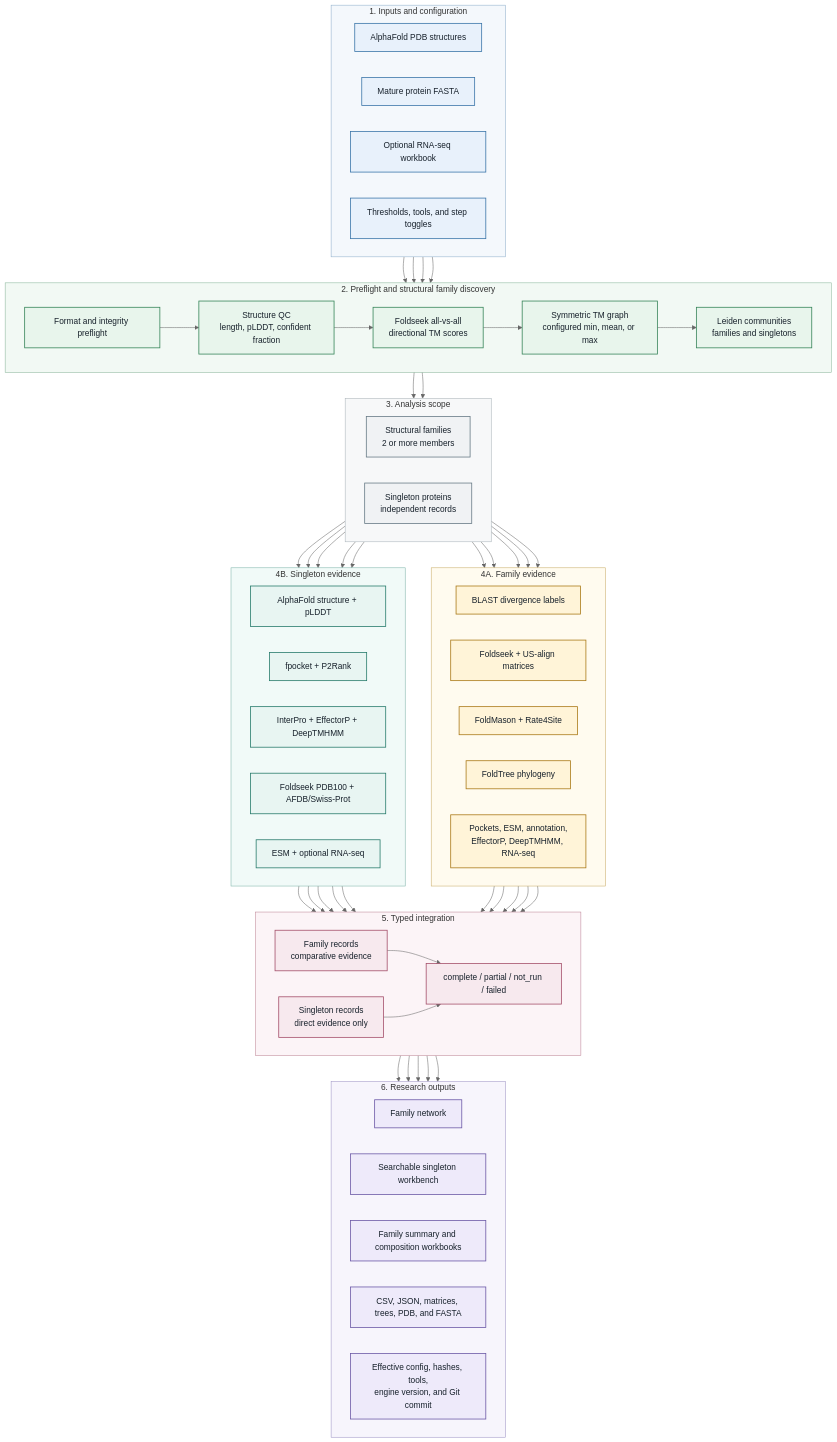
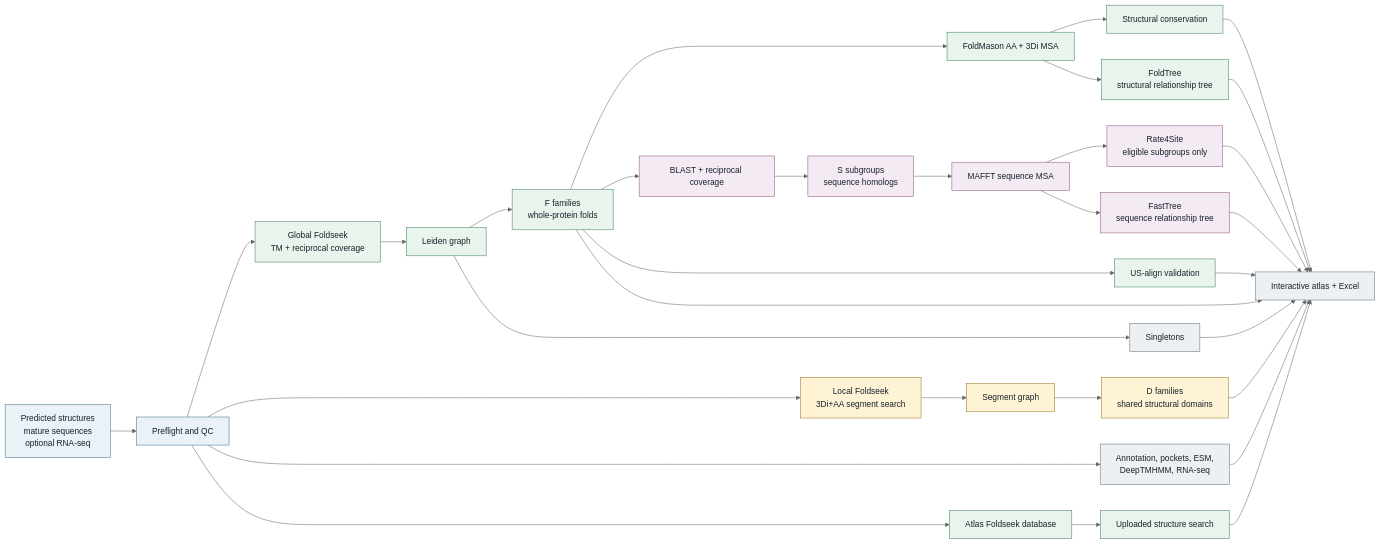
The diagram in README.md (lhchen010/SUSS_protein_Atlas), drawn with Mermaid (neutral theme) before and after one commit. The commit also changed other lines of this file and 28 other files, not shown here.

Commit message:
feat: release SUSS Protein Atlas v3

````diff
--- a/README.md
+++ b/README.md
@@ -35,116 +40,49 @@
 ```mermaid
-flowchart TB
-    subgraph INPUTS["1. Inputs and configuration"]
-        direction LR
-        PDB["AlphaFold PDB structures"]
-        FASTA["Mature protein FASTA"]
-        RNA["Optional RNA-seq workbook"]
-        CFG["Thresholds, tools, and step toggles"]
-    end
+flowchart LR
+    INPUT["Predicted structures<br/>mature sequences<br/>optional RNA-seq"] --> QC["Preflight and QC"]
 
-    subgraph CORE["2. Preflight and structural family discovery"]
-        direction LR
-        VALIDATE["Format and integrity preflight"]
-        QC["Structure QC<br/>length, pLDDT, confident fraction"]
-        FOLDSEEK["Foldseek all-vs-all<br/>directional TM scores"]
-        GRAPH["Symmetric TM graph<br/>configured min, mean, or max"]
-        LEIDEN["Leiden communities<br/>families and singletons"]
-    end
+    QC --> GLOBAL["Global Foldseek<br/>TM + reciprocal coverage"]
+    GLOBAL --> FGRAPH["Leiden graph"]
+    FGRAPH --> F["F families<br/>whole-protein folds"]
+    FGRAPH --> SINGLE["Singletons"]
 
-    subgraph SPLIT["3. Analysis scope"]
-        direction LR
-        FAMILIES["Structural families<br/>2 or more members"]
-        SINGLETONS["Singleton proteins<br/>independent records"]
-    end
+    QC --> LOCAL["Local Foldseek<br/>3Di+AA segment search"]
+    LOCAL --> DGRAPH["Segment graph"]
+    DGRAPH --> D["D families<br/>shared structural domains"]
 
-    subgraph FAMILY_EVIDENCE["4A. Family evidence"]
-        direction LR
-        SEQUENCE["BLAST divergence labels"]
-        STRUCTURE["Foldseek + US-align matrices"]
-        CONSERVATION["FoldMason + Rate4Site"]
-        PHYLOGENY["FoldTree phylogeny"]
-        FAMILY_SHARED["Pockets, ESM, annotation,<br/>EffectorP, DeepTMHMM, RNA-seq"]
-    end
+    F --> FM["FoldMason AA + 3Di MSA"]
+    FM --> SCONS["Structural conservation"]
+    FM --> FT["FoldTree<br/>structural relationship tree"]
+    F --> BLAST["BLAST + reciprocal coverage"]
+    BLAST --> S["S subgroups<br/>sequence homologs"]
+    S --> MAFFT["MAFFT sequence MSA"]
+    MAFFT --> R4S["Rate4Site<br/>eligible subgroups only"]
+    MAFFT --> STREE["FastTree<br/>sequence relationship tree"]
+    F --> USA["US-align validation"]
 
-    subgraph SINGLETON_EVIDENCE["4B. Singleton evidence"]
-        direction LR
-        SINGLE_STRUCT["AlphaFold structure + pLDDT"]
-        SINGLE_POCKET["fpocket + P2Rank"]
-        SINGLE_ANNO["InterPro + EffectorP + DeepTMHMM"]
-        SINGLE_FOLDSEEK["Foldseek PDB100 + AFDB/Swiss-Prot"]
-        SINGLE_EXPR["ESM + optional RNA-seq"]
-    end
+    QC --> SHARED["Annotation, pockets, ESM,<br/>DeepTMHMM, RNA-seq"]
+    F --> ATLAS["Interactive atlas + Excel"]
+    D --> ATLAS
+    SINGLE --> ATLAS
+    SCONS --> ATLAS
+    FT --> ATLAS
+    R4S --> ATLAS
+    STREE --> ATLAS
+    USA --> ATLAS
+    SHARED --> ATLAS
 
-    subgraph INTEGRATION["5. Typed integration"]
-        direction LR
-        FAMILY_RECORD["Family records<br/>comparative evidence"]
-        SINGLE_RECORD["Singleton records<br/>direct evidence only"]
-        STATUS["complete / partial / not_run / failed"]
-        FAMILY_RECORD --> STATUS
-        SINGLE_RECORD --> STATUS
-    end
+    QC --> DB["Atlas Foldseek database"]
+    DB --> SEARCH["Uploaded structure search"]
+    SEARCH --> ATLAS
 
-    subgraph OUTPUTS["6. Research outputs"]
-        direction LR
-        NETWORK["Family network"]
-        WORKBENCH["Searchable singleton workbench"]
-        EXCEL["Family summary and composition workbooks"]
-        TABLES["CSV, JSON, matrices, trees, PDB, and FASTA"]
-        PROV["Effective config, hashes, tools,<br/>engine version, and Git commit"]
-    end
-
-    PDB --> VALIDATE
-    FASTA --> VALIDATE
-    RNA --> VALIDATE
-    CFG --> VALIDATE
-    VALIDATE --> QC --> FOLDSEEK --> GRAPH --> LEIDEN
-    LEIDEN --> FAMILIES
-    LEIDEN --> SINGLETONS
-    FAMILIES --> SEQUENCE
-    FAMILIES --> STRUCTURE
-    FAMILIES --> CONSERVATION
-    FAMILIES --> PHYLOGENY
-    FAMILIES --> FAMILY_SHARED
-    SINGLETONS --> SINGLE_STRUCT
-    SINGLETONS --> SINGLE_POCKET
-    SINGLETONS --> SINGLE_ANNO
-    SINGLETONS --> SINGLE_FOLDSEEK
-    SINGLETONS --> SINGLE_EXPR
-    SEQUENCE --> FAMILY_RECORD
-    STRUCTURE --> FAMILY_RECORD
-    CONSERVATION --> FAMILY_RECORD
-    PHYLOGENY --> FAMILY_RECORD
-    FAMILY_SHARED --> FAMILY_RECORD
-    SINGLE_STRUCT --> SINGLE_RECORD
-    SINGLE_POCKET --> SINGLE_RECORD
-    SINGLE_ANNO --> SINGLE_RECORD
-    SINGLE_FOLDSEEK --> SINGLE_RECORD
-    SINGLE_EXPR --> SINGLE_RECORD
-    STATUS --> NETWORK
-    STATUS --> WORKBENCH
-    STATUS --> EXCEL
-    STATUS --> TABLES
-    STATUS --> PROV
-
-    classDef input fill:#e8f1fb,stroke:#3974a8,color:#17212b,stroke-width:1.5px;
-    classDef core fill:#e8f5ec,stroke:#348357,color:#17212b,stroke-width:1.5px;
-    classDef split fill:#f0f2f4,stroke:#667985,color:#17212b,stroke-width:1.5px;
-    classDef family fill:#fff4d8,stroke:#a97816,color:#17212b,stroke-width:1.5px;
-    classDef singleton fill:#e8f5f2,stroke:#267a6a,color:#17212b,stroke-width:1.5px;
-    classDef integration fill:#f7e9ee,stroke:#a34d68,color:#17212b,stroke-width:1.5px;
-    classDef output fill:#eeeafa,stroke:#6a57a5,color:#17212b,stroke-width:1.5px;
-    style INPUTS fill:#f4f8fc,stroke:#8aabc8,stroke-width:1px;
-    style CORE fill:#f2f9f4,stroke:#86b398,stroke-width:1px;
-    style SPLIT fill:#f7f8f9,stroke:#a7b1b7,stroke-width:1px;
-    style FAMILY_EVIDENCE fill:#fffbef,stroke:#c7aa63,stroke-width:1px;
-    style SINGLETON_EVIDENCE fill:#f1faf8,stroke:#7ab1a6,stroke-width:1px;
-    style INTEGRATION fill:#fcf4f7,stroke:#bd8295,stroke-width:1px;
-    style OUTPUTS fill:#f7f5fc,stroke:#9b90c3,stroke-width:1px;
-    class PDB,FASTA,RNA,CFG input;
-    class VALIDATE,QC,FOLDSEEK,GRAPH,LEIDEN core;
-    class FAMILIES,SINGLETONS split;
-    class SEQUENCE,STRUCTURE,CONSERVATION,PHYLOGENY,FAMILY_SHARED family;
-    class SINGLE_STRUCT,SINGLE_POCKET,SINGLE_ANNO,SINGLE_FOLDSEEK,SINGLE_EXPR singleton;
-    class STATUS,FAMILY_RECORD,SINGLE_RECORD integration;
-    class NETWORK,WORKBENCH,EXCEL,TABLES,PROV output;
+    classDef input fill:#eaf2f8,stroke:#3f6f8f,color:#17212b;
+    classDef structure fill:#e8f4ec,stroke:#3e7f58,color:#17212b;
+    classDef domain fill:#fff3d6,stroke:#9a721d,color:#17212b;
+    classDef sequence fill:#f4eaf3,stroke:#8c547d,color:#17212b;
+    classDef output fill:#edf0f3,stroke:#5f707a,color:#17212b;
+    class INPUT,QC input;
+    class GLOBAL,FGRAPH,F,FM,SCONS,FT,USA,DB,SEARCH structure;
+    class LOCAL,DGRAPH,D domain;
+    class BLAST,S,MAFFT,R4S,STREE sequence;
+    class SINGLE,SHARED,ATLAS output;
 ```
````
